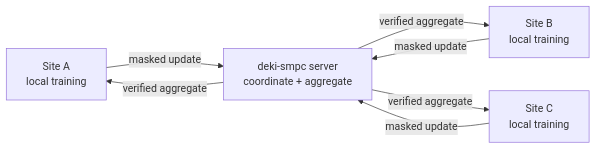
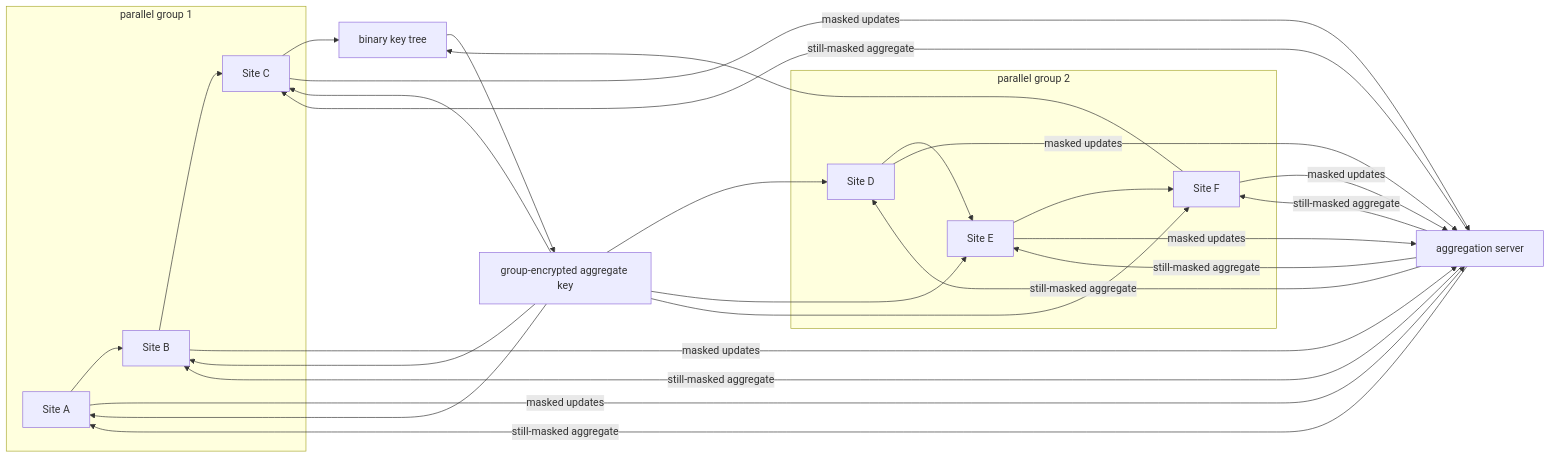
One commit to MIC-DKFZ/deki-smpc changed the diagram in README.md. Above: the diagram before and after it, drawn with Mermaid. The commit also changed other lines of this file and 25 other files, not shown here.

Commit message:
feat: add hardened protocol 1.1 key tree

````diff
--- a/README.md
+++ b/README.md
@@ -47,10 +47,15 @@
 ```mermaid
 flowchart LR
-    A[Site A<br/>local training] -->|masked update| S
-    B[Site B<br/>local training] -->|masked update| S
-    C[Site C<br/>local training] -->|masked update| S
-    S[deki-smpc server<br/>coordinate + aggregate]
-    S -->|verified aggregate| A
-    S -->|verified aggregate| B
-    S -->|verified aggregate| C
+    subgraph G1[parallel group 1]
+      A[Site A] --> B[Site B] --> C[Site C]
+    end
+    subgraph G2[parallel group 2]
+      D[Site D] --> E[Site E] --> F[Site F]
+    end
+    C --> T[binary key tree]
+    F --> T
+    T --> K[group-encrypted aggregate key]
+    A & B & C & D & E & F -->|masked updates| S[aggregation server]
+    K --> A & B & C & D & E & F
+    S -->|still-masked aggregate| A & B & C & D & E & F
 ```
````
